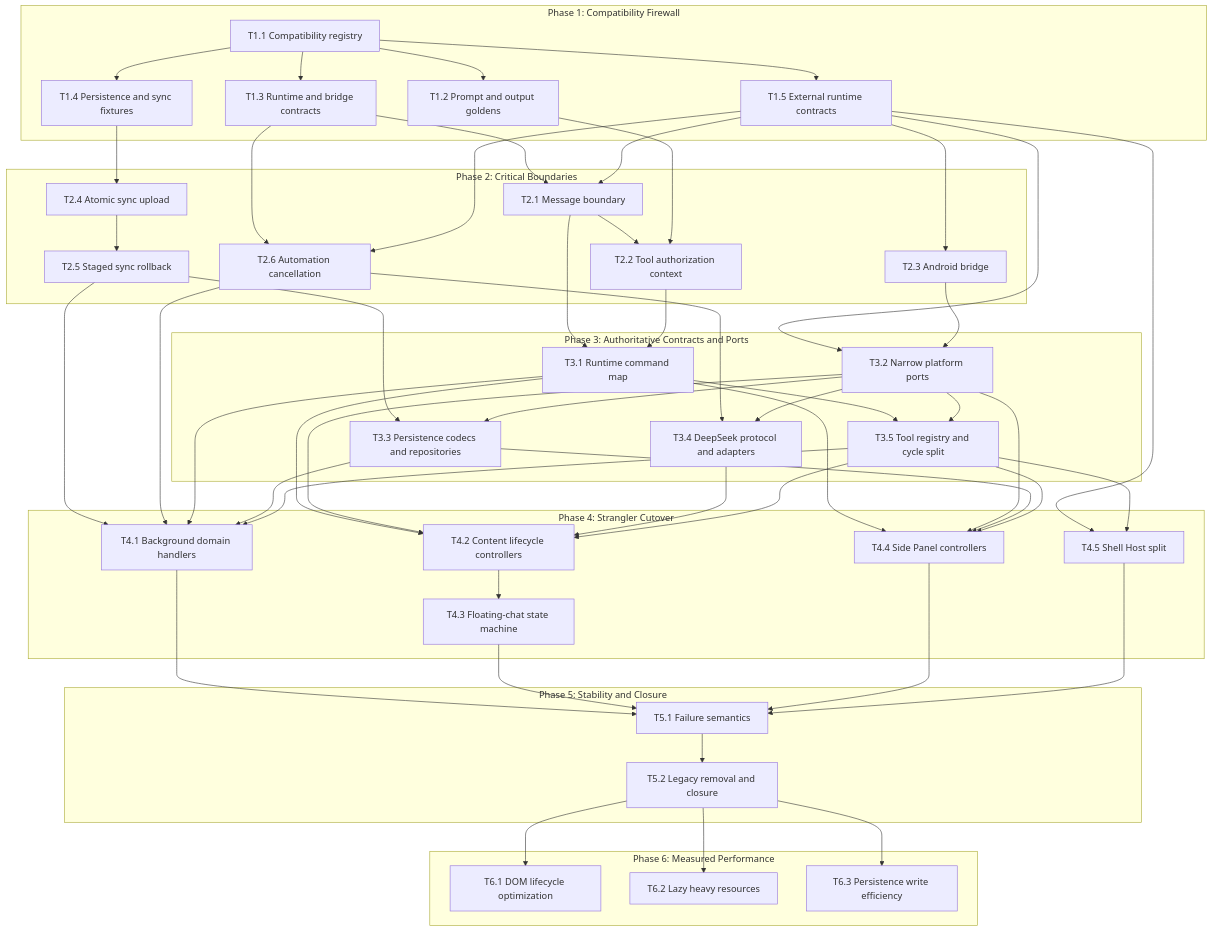
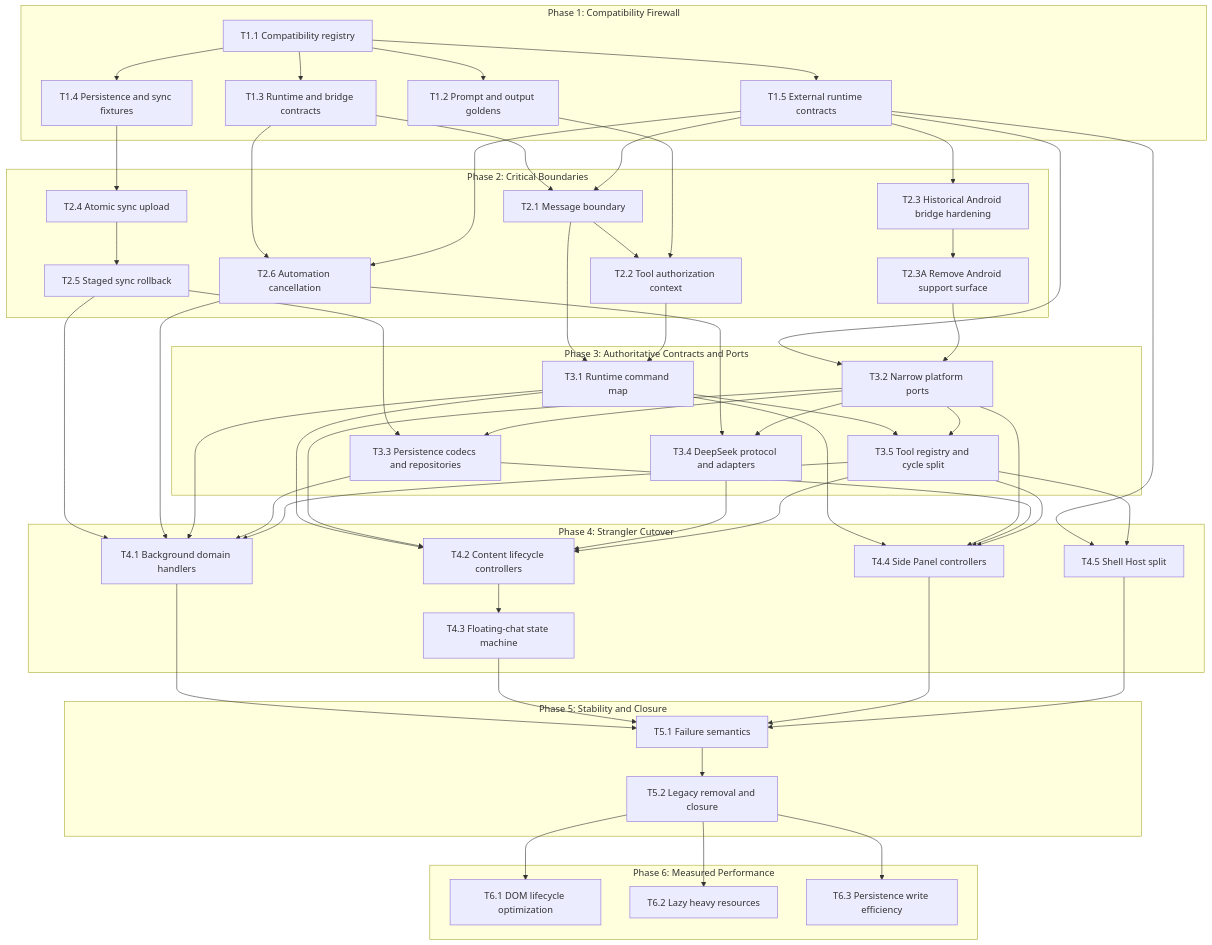
One commit to zhu1090093659/deepseek-pp changed the diagram in docs/plan/dependency-graph.md. Above: the diagram before and after it, drawn with Mermaid. The commit also changed other lines of this file and 48 other files, not shown here.

Commit message:
refactor: remove Android support surface

````diff
--- a/docs/plan/dependency-graph.md
+++ b/docs/plan/dependency-graph.md
@@ -7,71 +7,72 @@
 ```mermaid
 flowchart TD
     subgraph P1["Phase 1: Compatibility Firewall"]
         T11["T1.1 Compatibility registry"]
         T11 --> T12["T1.2 Prompt and output goldens"]
         T11 --> T13["T1.3 Runtime and bridge contracts"]
         T11 --> T14["T1.4 Persistence and sync fixtures"]
         T11 --> T15["T1.5 External runtime contracts"]
     end
 
     subgraph P2["Phase 2: Critical Boundaries"]
         T13 --> T21["T2.1 Message boundary"]
         T15 --> T21
         T21 --> T22["T2.2 Tool authorization context"]
         T12 --> T22
-        T15 --> T23["T2.3 Android bridge"]
+        T15 --> T23["T2.3 Historical Android bridge hardening"]
+        T23 --> T23A["T2.3A Remove Android support surface"]
         T14 --> T24["T2.4 Atomic sync upload"]
         T24 --> T25["T2.5 Staged sync rollback"]
         T13 --> T26["T2.6 Automation cancellation"]
         T15 --> T26
     end
 
     subgraph P3["Phase 3: Authoritative Contracts and Ports"]
         T21 --> T31["T3.1 Runtime command map"]
         T22 --> T31
         T15 --> T32["T3.2 Narrow platform ports"]
-        T23 --> T32
+        T23A --> T32
         T25 --> T33["T3.3 Persistence codecs and repositories"]
         T32 --> T33
         T26 --> T34["T3.4 DeepSeek protocol and adapters"]
         T32 --> T34
         T31 --> T35["T3.5 Tool registry and cycle split"]
         T32 --> T35
     end
 
     subgraph P4["Phase 4: Strangler Cutover"]
         T25 --> T41["T4.1 Background domain handlers"]
         T26 --> T41
         T31 --> T41
         T33 --> T41
         T35 --> T41
 
         T31 --> T42["T4.2 Content lifecycle controllers"]
         T32 --> T42
         T34 --> T42
         T35 --> T42
         T42 --> T43["T4.3 Floating-chat state machine"]
 
         T31 --> T44["T4.4 Side Panel controllers"]
         T32 --> T44
         T33 --> T44
         T35 --> T44
 
         T15 --> T45["T4.5 Shell Host split"]
         T35 --> T45
     end
 
     subgraph P5["Phase 5: Stability and Closure"]
         T41 --> T51["T5.1 Failure semantics"]
         T43 --> T51
         T44 --> T51
         T45 --> T51
         T51 --> T52["T5.2 Legacy removal and closure"]
     end
 
     subgraph P6["Phase 6: Measured Performance"]
         T52 --> T61["T6.1 DOM lifecycle optimization"]
         T52 --> T62["T6.2 Lazy heavy resources"]
         T52 --> T63["T6.3 Persistence write efficiency"]
     end
 ```
````
